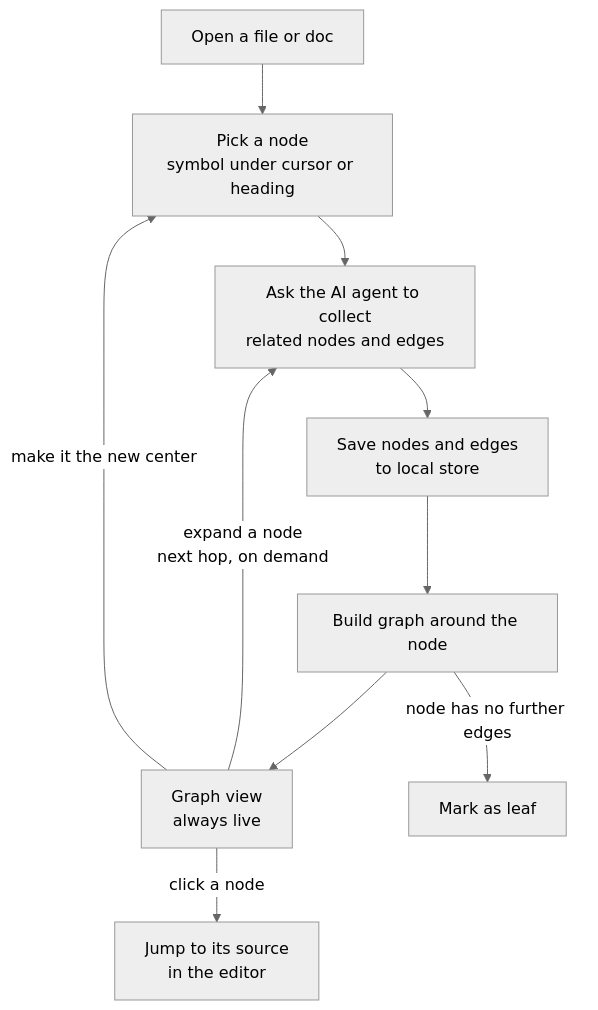
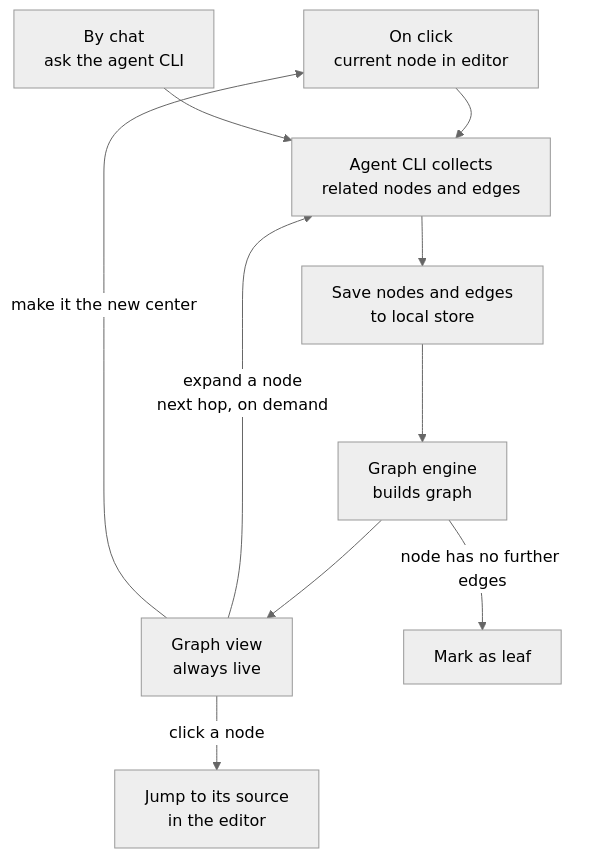
Before and after one commit to iteam1/phial: the diagram in docs/SKETCH.md, drawn with Mermaid (neutral theme). The commit also changed other lines of this file, not shown here.

First line of the commit message:
Describe one graph engine with click and chat triggers

````diff
--- a/docs/SKETCH.md
+++ b/docs/SKETCH.md
@@ -45,13 +51,13 @@
 ```mermaid
 flowchart TD
-    A[Open a file or doc] --> B[Pick a node<br/>symbol under cursor or heading]
-    B --> C[Ask the AI agent to collect<br/>related nodes and edges]
-    C --> F[Save nodes and edges<br/>to local store]
-    F --> G[Build graph around the node]
+    T1[On click<br/>current node in editor] --> C
+    T2[By chat<br/>ask the agent CLI] --> C
+    C[Agent CLI collects<br/>related nodes and edges] --> F[Save nodes and edges<br/>to local store]
+    F --> G[Graph engine<br/>builds graph]
     G --> H[Graph view<br/>always live]
     G -- node has no further edges --> I[Mark as leaf]
 
     H -- expand a node<br/>next hop, on demand --> C
     H -- click a node --> J[Jump to its source<br/>in the editor]
-    H -- make it the new center --> B
+    H -- make it the new center --> T1
 ```
````
